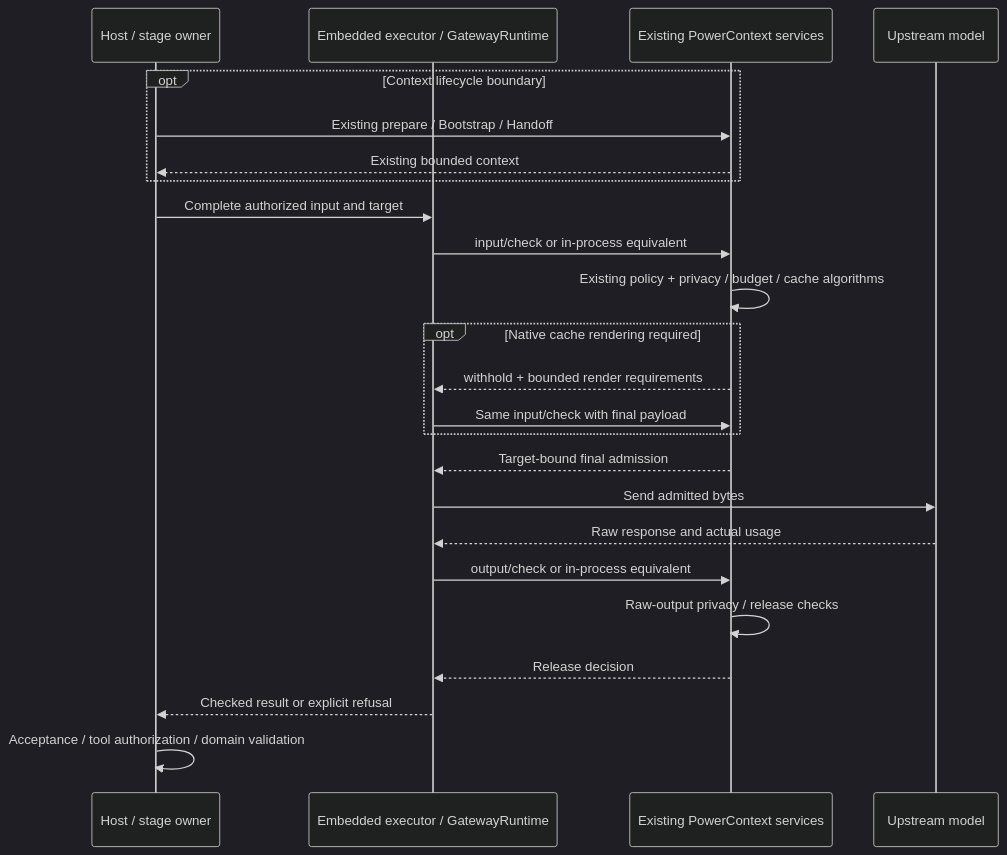
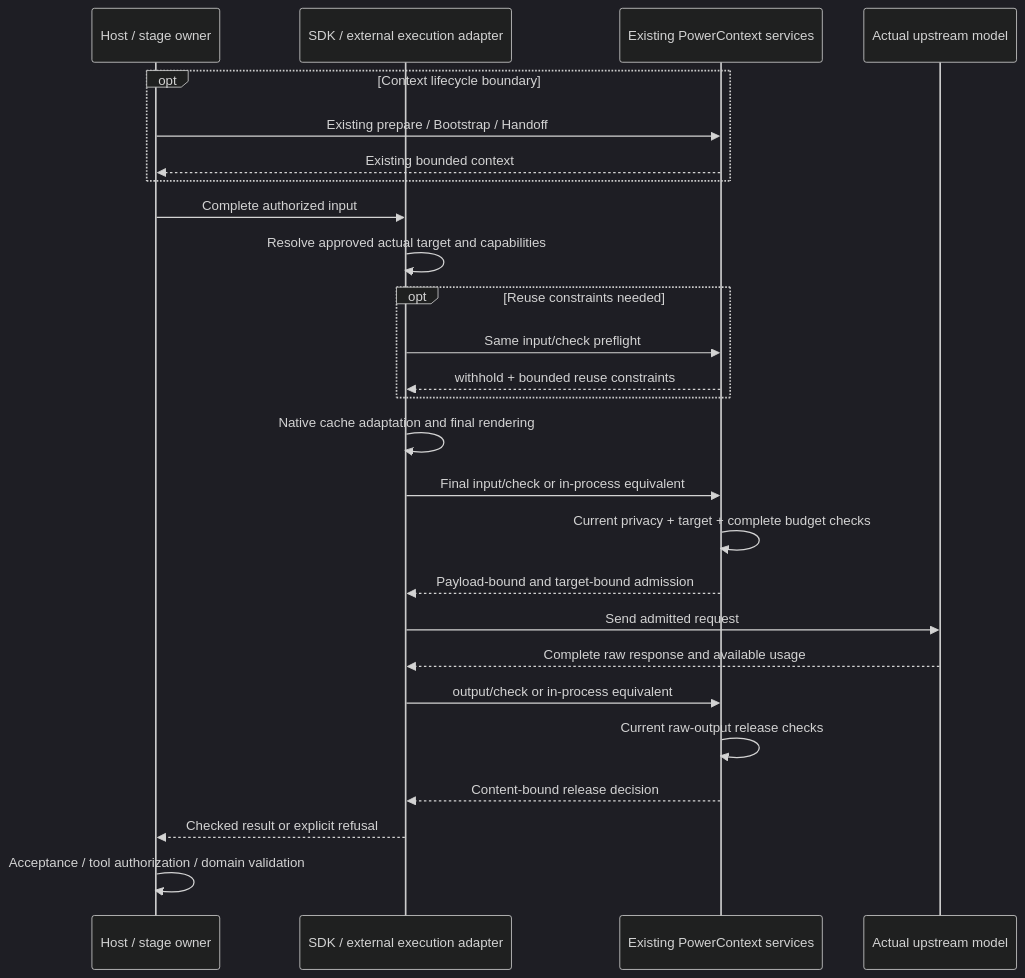
Before and after one commit to 2397819368a-oss/powercontext-2026: the second of 2 diagrams in docs/zh/rfcs/2086-core-inference-gates-and-optional-gateway.md, drawn with Mermaid (dark theme). The commit also changed other lines of this file and 1 other file, not shown here.

Commit message:
docs(rfc): scope context privacy and gateway contracts

````diff
--- a/docs/zh/rfcs/2086-core-inference-gates-and-optional-gateway.md
+++ b/docs/zh/rfcs/2086-core-inference-gates-and-optional-gateway.md
@@ -379,26 +459,28 @@
 ```mermaid
 sequenceDiagram
     participant H as Host / stage owner
-    participant E as Embedded executor / GatewayRuntime
+    participant E as SDK / external execution adapter
     participant C as Existing PowerContext services
-    participant U as Upstream model
+    participant U as Actual upstream model
     opt Context lifecycle boundary
         H->>C: Existing prepare / Bootstrap / Handoff
         C-->>H: Existing bounded context
     end
-    H->>E: Complete authorized input and target
-    E->>C: input/check or in-process equivalent
-    C->>C: Existing policy + privacy / budget / cache algorithms
-    opt Native cache rendering required
-        C-->>E: withhold + bounded render requirements
-        E->>C: Same input/check with final payload
+    H->>E: Complete authorized input
+    E->>E: Resolve approved actual target and capabilities
+    opt Reuse constraints needed
+        E->>C: Same input/check preflight
+        C-->>E: withhold + bounded reuse constraints
     end
-    C-->>E: Target-bound final admission
-    E->>U: Send admitted bytes
-    U-->>E: Raw response and actual usage
+    E->>E: Native cache adaptation and final rendering
+    E->>C: Final input/check or in-process equivalent
+    C->>C: Current privacy + target + complete budget checks
+    C-->>E: Payload-bound and target-bound admission
+    E->>U: Send admitted request
+    U-->>E: Complete raw response and available usage
     E->>C: output/check or in-process equivalent
-    C->>C: Raw-output privacy / release checks
-    C-->>E: Release decision
+    C->>C: Current raw-output release checks
+    C-->>E: Content-bound release decision
     E-->>H: Checked result or explicit refusal
     H->>H: Acceptance / tool authorization / domain validation
 ```
````
